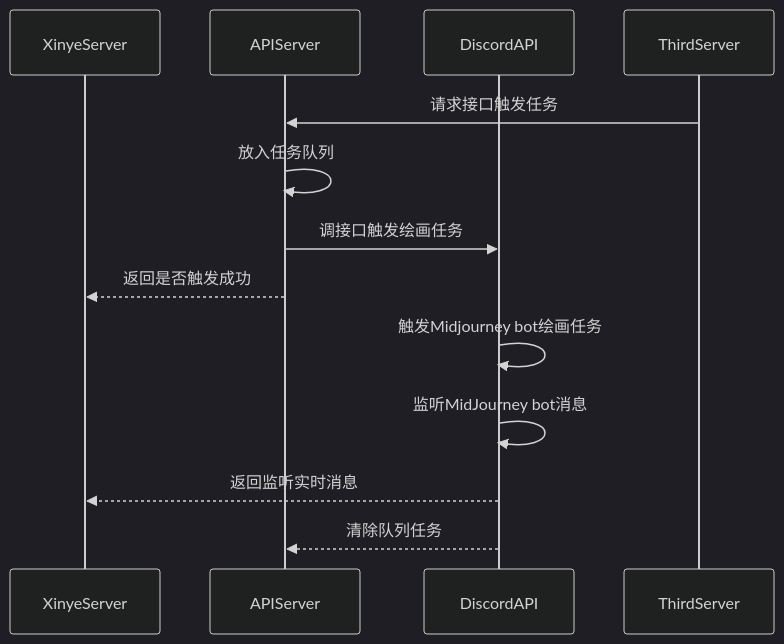
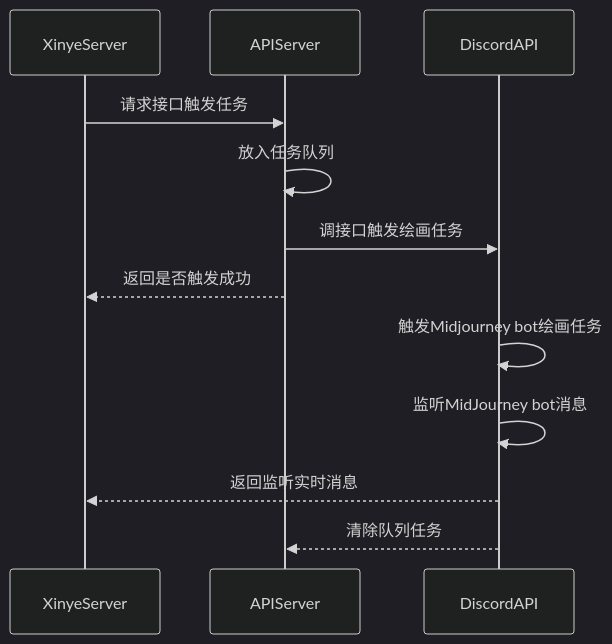
One commit to dengbin9009/midjourney-api changed the diagram in README.md. Above: the diagram before and after it, drawn with Mermaid (dark theme).

````diff
--- a/README.md
+++ b/README.md
@@ -12,16 +12,16 @@
 ```mermaid
 sequenceDiagram
     participant XinyeServer
     participant APIServer
     participant DiscordAPI
 
-    ThirdServer->>APIServer: 请求接口触发任务
+    XinyeServer->>APIServer: 请求接口触发任务
     APIServer->>APIServer: 放入任务队列
     APIServer->>DiscordAPI: 调接口触发绘画任务
     APIServer-->>XinyeServer: 返回是否触发成功
 
     DiscordAPI->>DiscordAPI: 触发Midjourney bot绘画任务
     DiscordAPI->>DiscordAPI: 监听MidJourney bot消息
     DiscordAPI-->>XinyeServer: 返回监听实时消息
     DiscordAPI-->>APIServer: 清除队列任务
 ```
````
